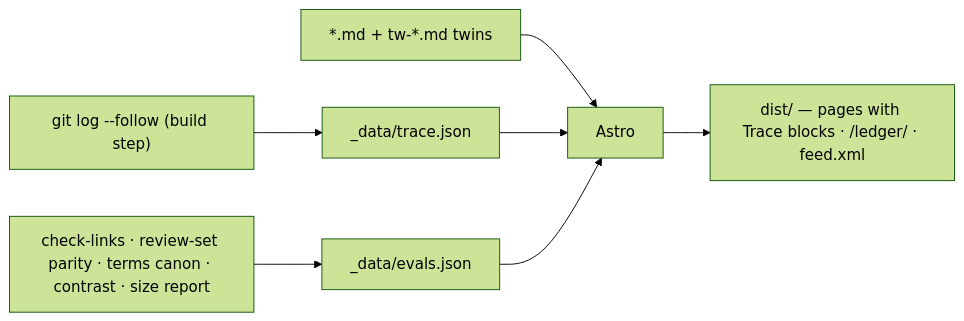
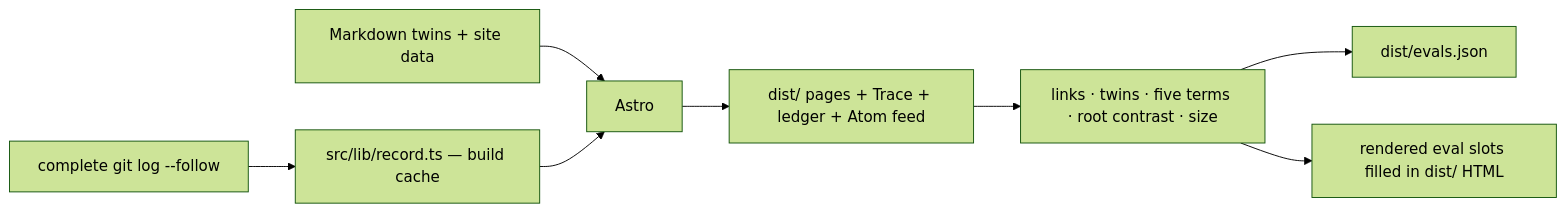
One commit to audreyt/civic.ai changed the diagram in DESIGN.md. Above: the diagram before and after it, drawn with Mermaid (forest theme). The commit also changed other lines of this file, not shown here.

Commit message:
DESIGN.md: describe the site as built — the Trace's site-mark handle and folded record, shipped tokens and faces, text navigation, search overlay, measured weight budget, print and network exceptions; unshipped proposals move to a new §21 instead of reading as fact

````diff
--- a/DESIGN.md
+++ b/DESIGN.md
@@ -354,9 +357,10 @@
 ```mermaid
 flowchart LR
-    md["*.md + tw-*.md twins"] --> astro["Astro"]
-    gitlog["git log --follow (build step)"] --> trace["_data/trace.json"]
-    checks["check-links · review-set parity · terms canon · contrast · size report"] --> evals["_data/evals.json"]
-    trace --> astro
-    evals --> astro
-    astro --> out["dist/ — pages with Trace blocks · /ledger/ · feed.xml"]
+    md["Markdown twins + site data"] --> astro["Astro"]
+    gitlog["complete git log --follow"] --> record["src/lib/record.ts — build cache"]
+    record --> astro
+    astro --> out["dist/ pages + Trace + ledger + Atom feed"]
+    out --> checks["links · twins · five terms · root contrast · size"]
+    checks --> receipts["dist/evals.json"]
+    checks --> filled["rendered eval slots filled in dist/ HTML"]
 ```
````
